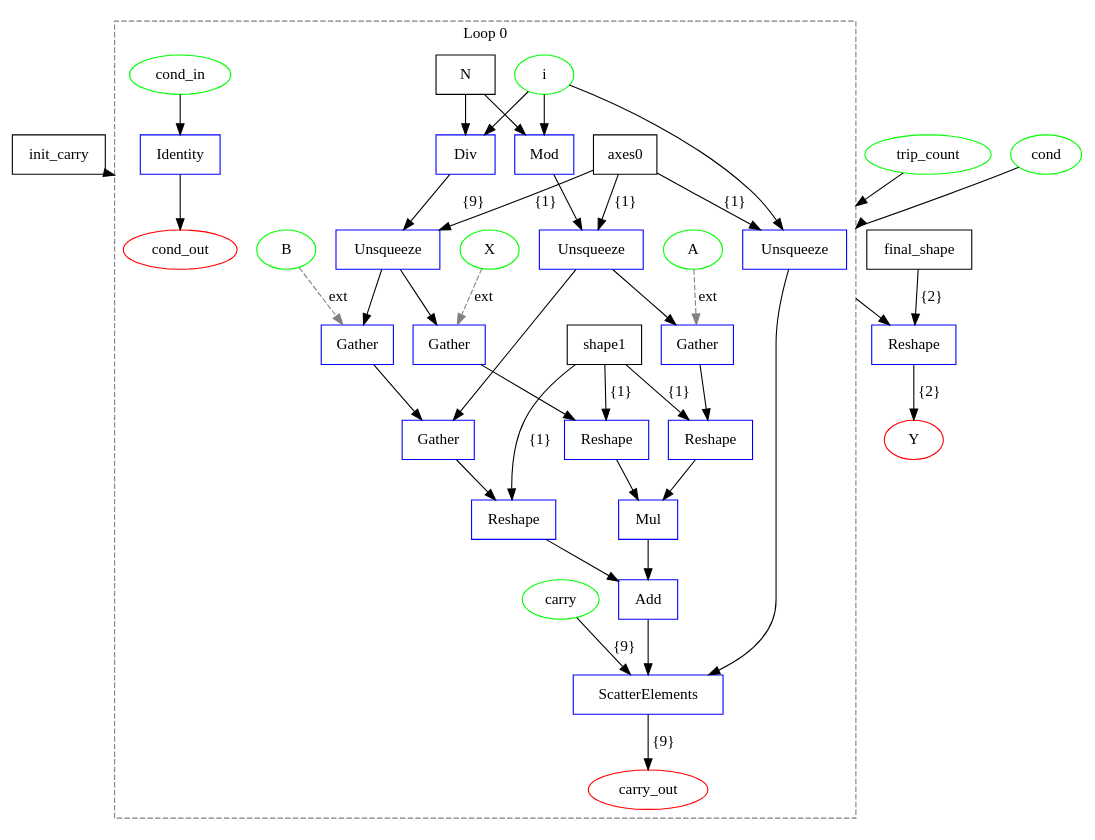
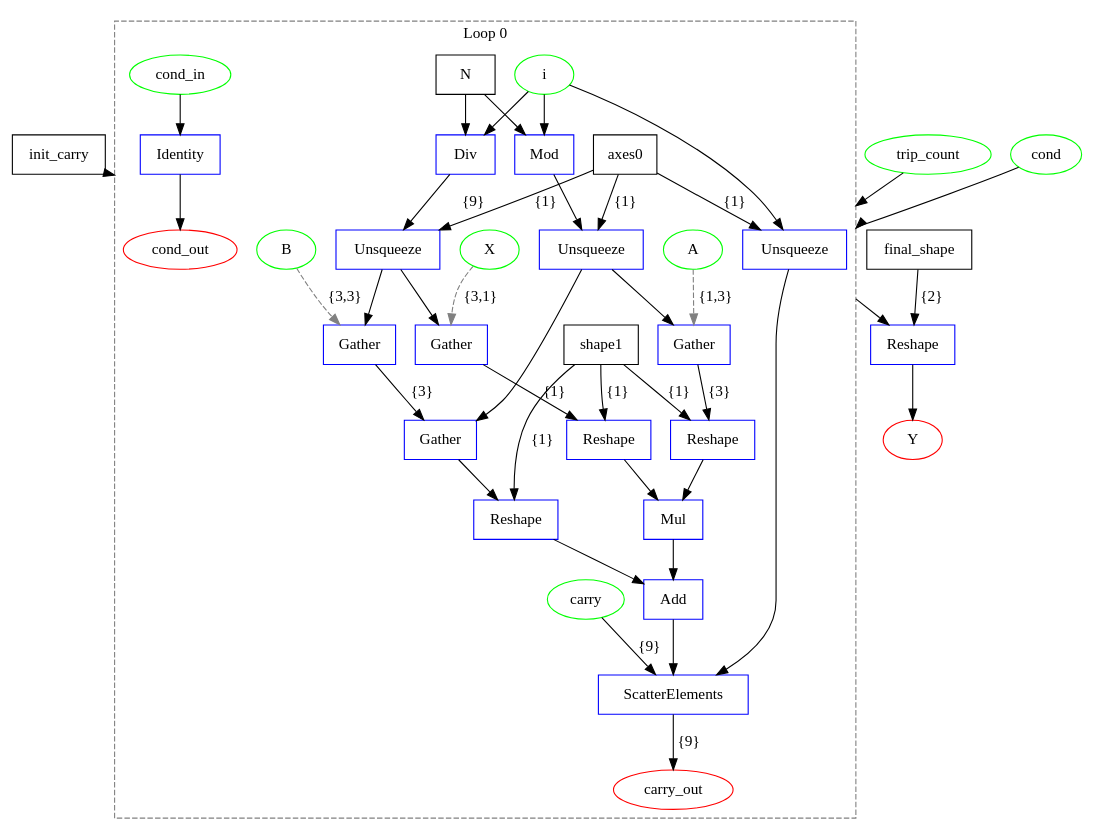
Before and after one commit to specs-feup/onnx-flow: the diagram in examples/onnx/matmul_add_decomposed.dot, drawn with Graphviz. The commit also changed 27 other files, not shown here.

```diff
--- a/examples/onnx/matmul_add_decomposed.dot
+++ b/examples/onnx/matmul_add_decomposed.dot
@@ -1,83 +1,83 @@
 digraph {
   graph [compound=true];
   init_carry [label=init_carry shape=box];
   final_shape [label=final_shape shape=box];
   X [label=X shape=ellipse color="#00FF00"];
   A [label=A shape=ellipse color="#00FF00"];
   B [label=B shape=ellipse color="#00FF00"];
   trip_count [label=trip_count shape=ellipse color="#00FF00"];
   cond [label=cond shape=ellipse color="#00FF00"];
   Y [label=Y shape=ellipse color="#FF0000"];
   subgraph cluster_loop_0 {
     graph [rankdir=LR compound=true];
     loop0_axes0 [label=axes0 shape=box];
     loop0_N [label=N shape=box];
     loop0_shape1 [label=shape1 shape=box];
     loop0_i [label=i shape=ellipse color="#00FF00"];
     loop0_cond_in [label=cond_in shape=ellipse color="#00FF00"];
     loop0_carry [label=carry shape=ellipse color="#00FF00"];
     loop0_cond_out [label=cond_out shape=ellipse color="#FF0000"];
     loop0_carry_out [label=carry_out shape=ellipse color="#FF0000"];
     loop0_0 [label=Unsqueeze shape=box color="#0000FF"];
     loop0_0 -> loop0_14 [label=""];
     loop0_1 [label=Div shape=box color="#0000FF"];
     loop0_1 -> loop0_3 [label=""];
     loop0_2 [label=Mod shape=box color="#0000FF"];
     loop0_2 -> loop0_4 [label=""];
     loop0_3 [label=Unsqueeze shape=box color="#0000FF"];
     loop0_3 -> loop0_5 [label=""];
     loop0_3 -> loop0_10 [label=""];
     loop0_4 [label=Unsqueeze shape=box color="#0000FF"];
     loop0_4 -> loop0_7 [label=""];
     loop0_4 -> loop0_11 [label=""];
     loop0_5 [label=Gather shape=box color="#0000FF"];
-    loop0_5 -> loop0_6 [label=""];
+    loop0_5 -> loop0_6 [label="{1}"];
     loop0_6 [label=Reshape shape=box color="#0000FF"];
     loop0_6 -> loop0_9 [label=""];
     loop0_7 [label=Gather shape=box color="#0000FF"];
-    loop0_7 -> loop0_8 [label=""];
+    loop0_7 -> loop0_8 [label="{3}"];
     loop0_8 [label=Reshape shape=box color="#0000FF"];
     loop0_8 -> loop0_9 [label=""];
     loop0_9 [label=Mul shape=box color="#0000FF"];
     loop0_9 -> loop0_13 [label=""];
     loop0_10 [label=Gather shape=box color="#0000FF"];
-    loop0_10 -> loop0_11 [label=""];
+    loop0_10 -> loop0_11 [label="{3}"];
     loop0_11 [label=Gather shape=box color="#0000FF"];
     loop0_11 -> loop0_12 [label=""];
     loop0_12 [label=Reshape shape=box color="#0000FF"];
     loop0_12 -> loop0_13 [label=""];
     loop0_13 [label=Add shape=box color="#0000FF"];
     loop0_13 -> loop0_14 [label=""];
     loop0_14 [label=ScatterElements shape=box color="#0000FF"];
     loop0_15 [label=Identity shape=box color="#0000FF"];
     loop0_i -> loop0_0 [label=""];
     loop0_axes0 -> loop0_0 [label="{1}"];
+    loop0_14 -> loop0_carry_out [label="{9}"];
     loop0_i -> loop0_1 [label=""];
     loop0_N -> loop0_1 [label=""];
     loop0_i -> loop0_2 [label=""];
     loop0_N -> loop0_2 [label=""];
     loop0_axes0 -> loop0_3 [label="{1}"];
     loop0_axes0 -> loop0_4 [label="{1}"];
     loop0_shape1 -> loop0_6 [label="{1}"];
     loop0_shape1 -> loop0_8 [label="{1}"];
     loop0_shape1 -> loop0_12 [label="{1}"];
     loop0_carry -> loop0_14 [label="{9}"];
-    loop0_14 -> loop0_carry_out [label="{9}"];
     loop0_cond_in -> loop0_15 [label=""];
     loop0_15 -> loop0_cond_out [label=""];
-    X -> loop0_5 [style=dashed color=gray label=ext];
-    A -> loop0_7 [style=dashed color=gray label=ext];
-    B -> loop0_10 [style=dashed color=gray label=ext];
+    X -> loop0_5 [style=dashed color=gray label="{3,1}"];
+    A -> loop0_7 [style=dashed color=gray label="{1,3}"];
+    B -> loop0_10 [style=dashed color=gray label="{3,3}"];
     graph [label="Loop 0"];
     graph [style=dashed];
     graph [color=gray];
   }
 
   loop0_0 -> 1 [label="" ltail=cluster_loop_0];
   1 [label=Reshape shape=box color="#0000FF"];
   trip_count -> loop0_0 [label="" lhead=cluster_loop_0];
   cond -> loop0_0 [label="" lhead=cluster_loop_0];
   init_carry -> loop0_0 [label="{9}" lhead=cluster_loop_0];
   final_shape -> 1 [label="{2}"];
-  1 -> Y [label="{2}"];
+  1 -> Y [label=""];
 }
```
